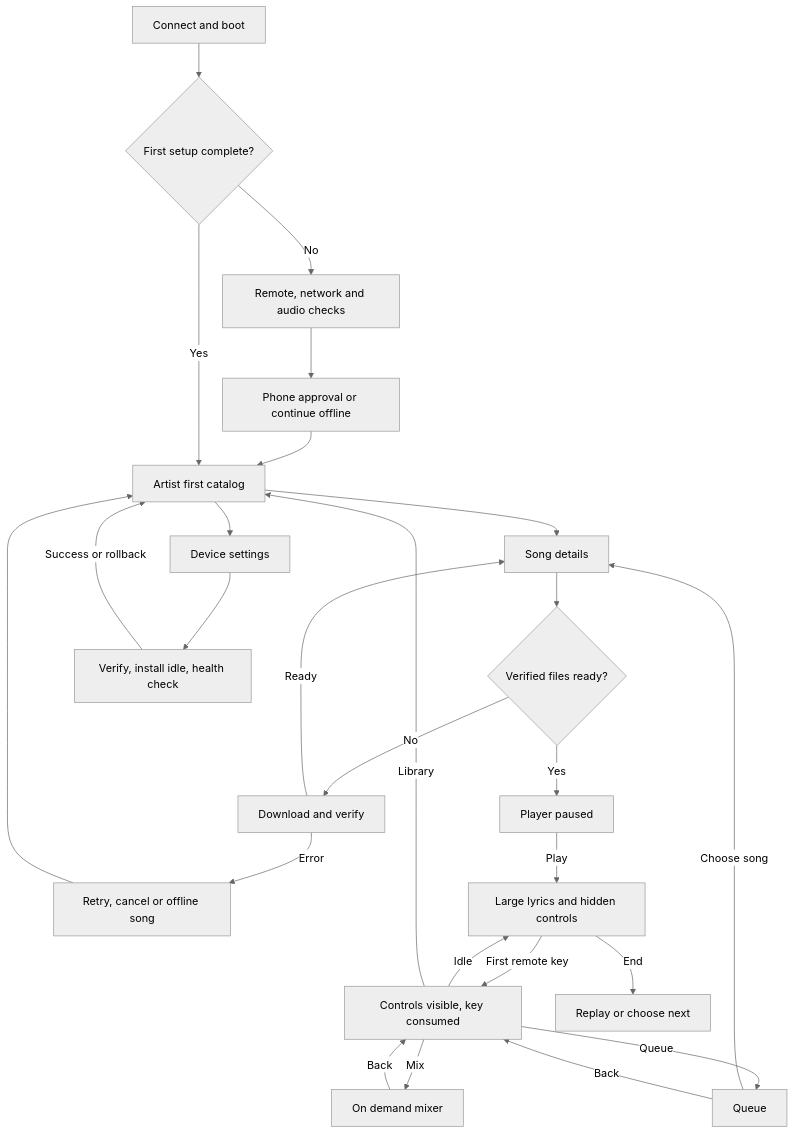
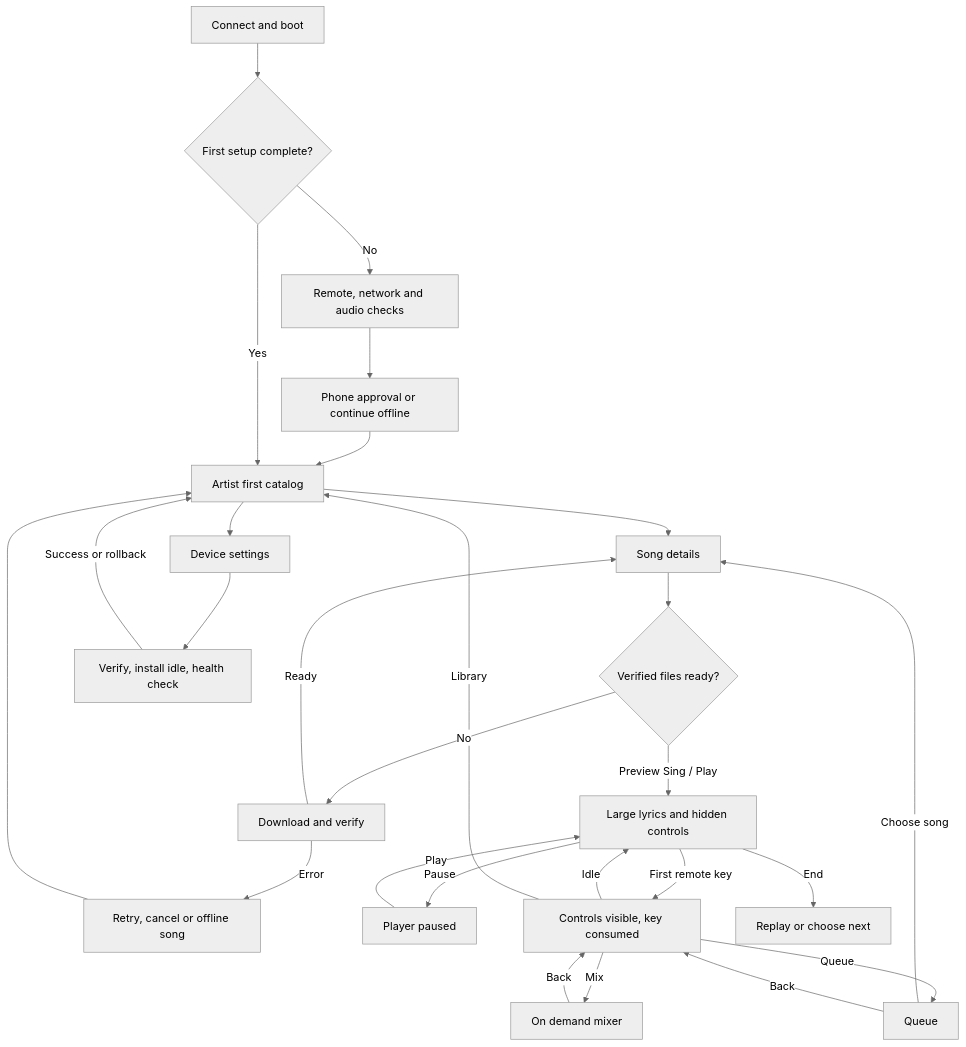
One commit to lexasoft123/SingZ changed the diagram in docs/specs/singz-box/spec.md. Above: the diagram before and after it, drawn with Mermaid (neutral theme). The commit also changed other lines of this file and 127 other files, not shown here.

Commit message:
Integrate LoopZ audio and fix SingZ Box playback controls

````diff
--- a/docs/specs/singz-box/spec.md
+++ b/docs/specs/singz-box/spec.md
@@ -95,28 +95,29 @@
 ```mermaid
 flowchart TD
   Boot[Connect and boot] --> First{First setup complete?}
   First -->|No| Setup[Remote, network and audio checks]
   Setup --> Auth[Phone approval or continue offline]
   Auth --> Catalog[Artist first catalog]
   First -->|Yes| Catalog
   Catalog --> Detail[Song details]
   Detail --> Ready{Verified files ready?}
   Ready -->|No| Prepare[Download and verify]
   Prepare -->|Ready| Detail
   Prepare -->|Error| Retry[Retry, cancel or offline song]
   Retry --> Catalog
-  Ready -->|Yes| Paused[Player paused]
-  Paused -->|Play| Sing[Large lyrics and hidden controls]
+  Ready -->|Preview Sing / Play| Sing[Large lyrics and hidden controls]
+  Sing -->|Pause| Paused[Player paused]
+  Paused -->|Play| Sing
   Sing -->|First remote key| Wake[Controls visible, key consumed]
   Wake -->|Mix| Mixer[On demand mixer]
   Mixer -->|Back| Wake
   Wake -->|Idle| Sing
   Wake -->|Library| Catalog
   Wake -->|Queue| Queue[Queue]
   Queue -->|Choose song| Detail
   Queue -->|Back| Wake
   Sing -->|End| End[Replay or choose next]
   Catalog --> Settings[Device settings]
   Settings --> Update[Verify, install idle, health check]
   Update -->|Success or rollback| Catalog
 ```
````
